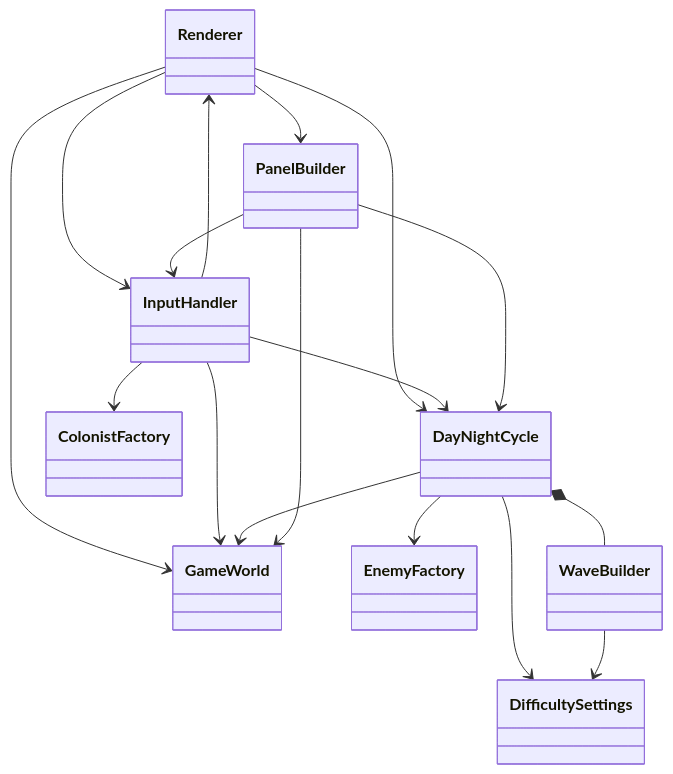
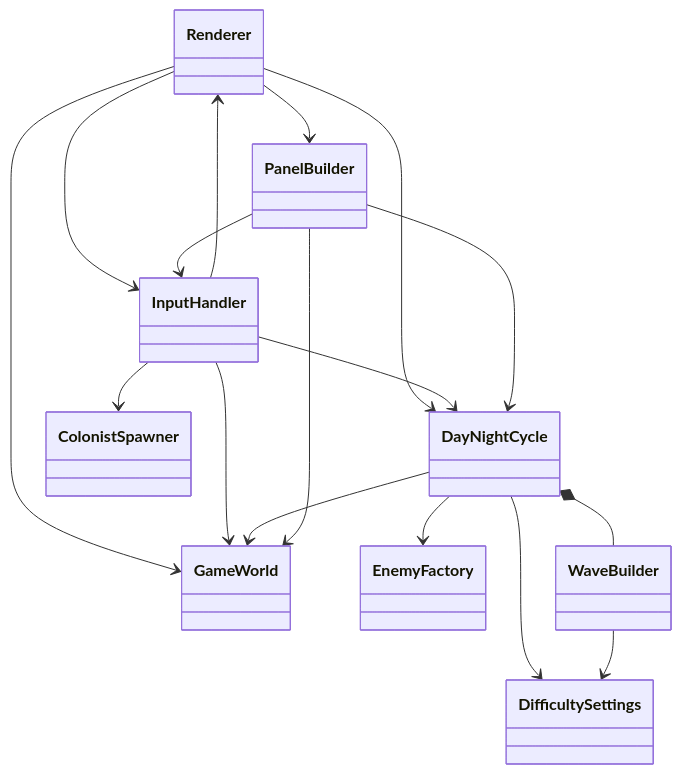
Before and after one commit to weweweme/teamnova_basic_class: the eighth of 12 diagrams in week6/CLAUDE.md, drawn with Mermaid. The commit also changed other lines of this file and 30 other files, not shown here.

````diff
--- a/week6/CLAUDE.md
+++ b/week6/CLAUDE.md
@@ -327,23 +337,23 @@
 ```mermaid
 classDiagram
     Renderer --> GameWorld
     Renderer --> PanelBuilder
     Renderer --> DayNightCycle
     Renderer --> InputHandler
 
     InputHandler --> GameWorld
     InputHandler --> Renderer
     InputHandler --> DayNightCycle
-    InputHandler --> ColonistFactory
+    InputHandler --> ColonistSpawner
 
     DayNightCycle --> GameWorld
     DayNightCycle --> EnemyFactory
     DayNightCycle *-- WaveBuilder
     DayNightCycle --> DifficultySettings
 
     PanelBuilder --> GameWorld
     PanelBuilder --> InputHandler
     PanelBuilder --> DayNightCycle
 
     WaveBuilder --> DifficultySettings
 ```
````
